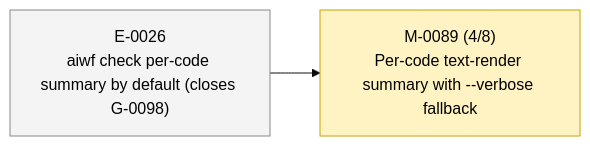
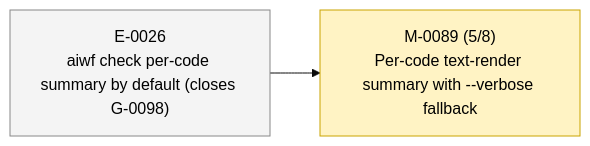
One commit to 23min/aiwf changed the second of 2 diagrams in STATUS.md. Above: the diagram before and after it, drawn with Mermaid (base theme). The commit also changed other lines of this file and 1 other file, not shown here.

````diff
--- a/STATUS.md
+++ b/STATUS.md
@@ -51,12 +51,12 @@
 ```mermaid
 flowchart LR
   E_0026["E-0026<br/>aiwf check per-code summary by default (closes G-0098)"]:::epic_proposed
-  M_0089["M-0089 (4/8)<br/>Per-code text-render summary with --verbose fallback"]:::ms_in_progress
+  M_0089["M-0089 (5/8)<br/>Per-code text-render summary with --verbose fallback"]:::ms_in_progress
   E_0026 --> M_0089
   classDef epic_active fill:#d6eaff,stroke:#1a73e8,color:#000
   classDef epic_proposed fill:#f4f4f4,stroke:#888,color:#000
   classDef ms_done fill:#d8f5d8,stroke:#2a8a2a,color:#000
   classDef ms_in_progress fill:#fff3c4,stroke:#caa400,color:#000
   classDef ms_draft fill:#f4f4f4,stroke:#888,color:#000
   classDef ms_cancelled fill:#fbeaea,stroke:#c33,color:#000
 ```
````
